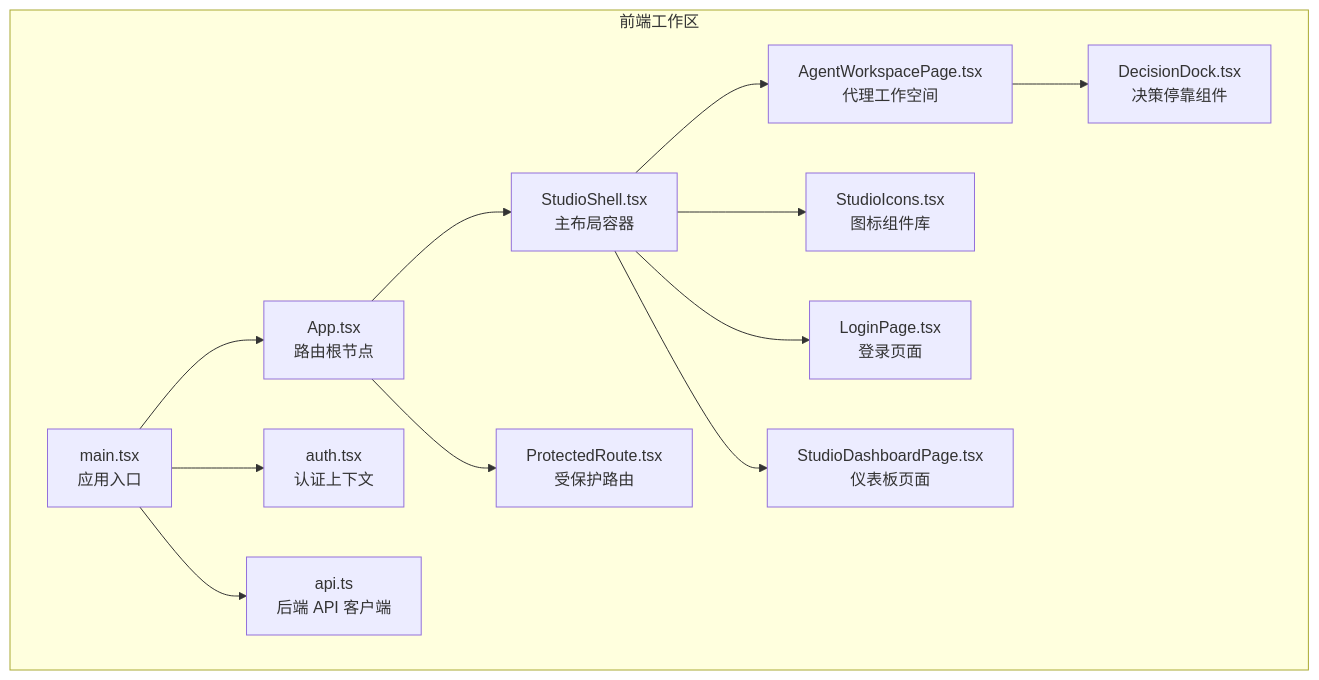
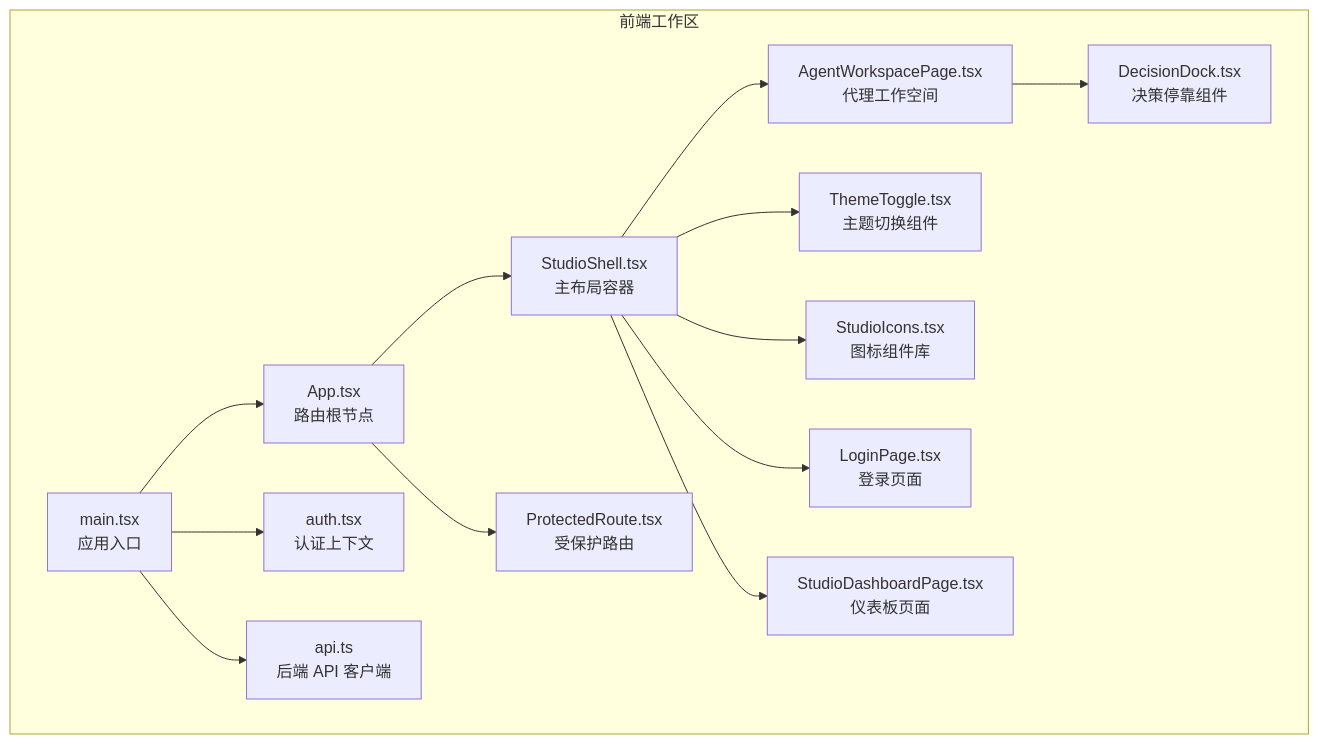
One commit to YU-JI-KUI/ark-agentic changed the first of 7 diagrams in repowiki/zh/content/Studio 开发工具/前端架构.md. Above: the diagram before and after it, drawn with Mermaid. The commit also changed other lines of this file and 6 other files, not shown here.

Commit message:
update doc and add mermaid js

````diff
--- a/repowiki/zh/content/Studio 开发工具/前端架构.md
+++ b/repowiki/zh/content/Studio 开发工具/前端架构.md
@@ -54,15 +55,16 @@
 ```mermaid
 graph TB
 subgraph "前端工作区"
 A["main.tsx<br/>应用入口"] --> B["App.tsx<br/>路由根节点"]
 B --> C["StudioShell.tsx<br/>主布局容器"]
 C --> D["AgentWorkspacePage.tsx<br/>代理工作空间"]
 D --> E["DecisionDock.tsx<br/>决策停靠组件"]
-C --> F["StudioIcons.tsx<br/>图标组件库"]
-C --> G["LoginPage.tsx<br/>登录页面"]
-C --> H["StudioDashboardPage.tsx<br/>仪表板页面"]
-A --> I["auth.tsx<br/>认证上下文"]
-B --> J["ProtectedRoute.tsx<br/>受保护路由"]
-A --> K["api.ts<br/>后端 API 客户端"]
+C --> F["ThemeToggle.tsx<br/>主题切换组件"]
+C --> G["StudioIcons.tsx<br/>图标组件库"]
+C --> H["LoginPage.tsx<br/>登录页面"]
+C --> I["StudioDashboardPage.tsx<br/>仪表板页面"]
+A --> J["auth.tsx<br/>认证上下文"]
+B --> K["ProtectedRoute.tsx<br/>受保护路由"]
+A --> L["api.ts<br/>后端 API 客户端"]
 end
 ```
````
